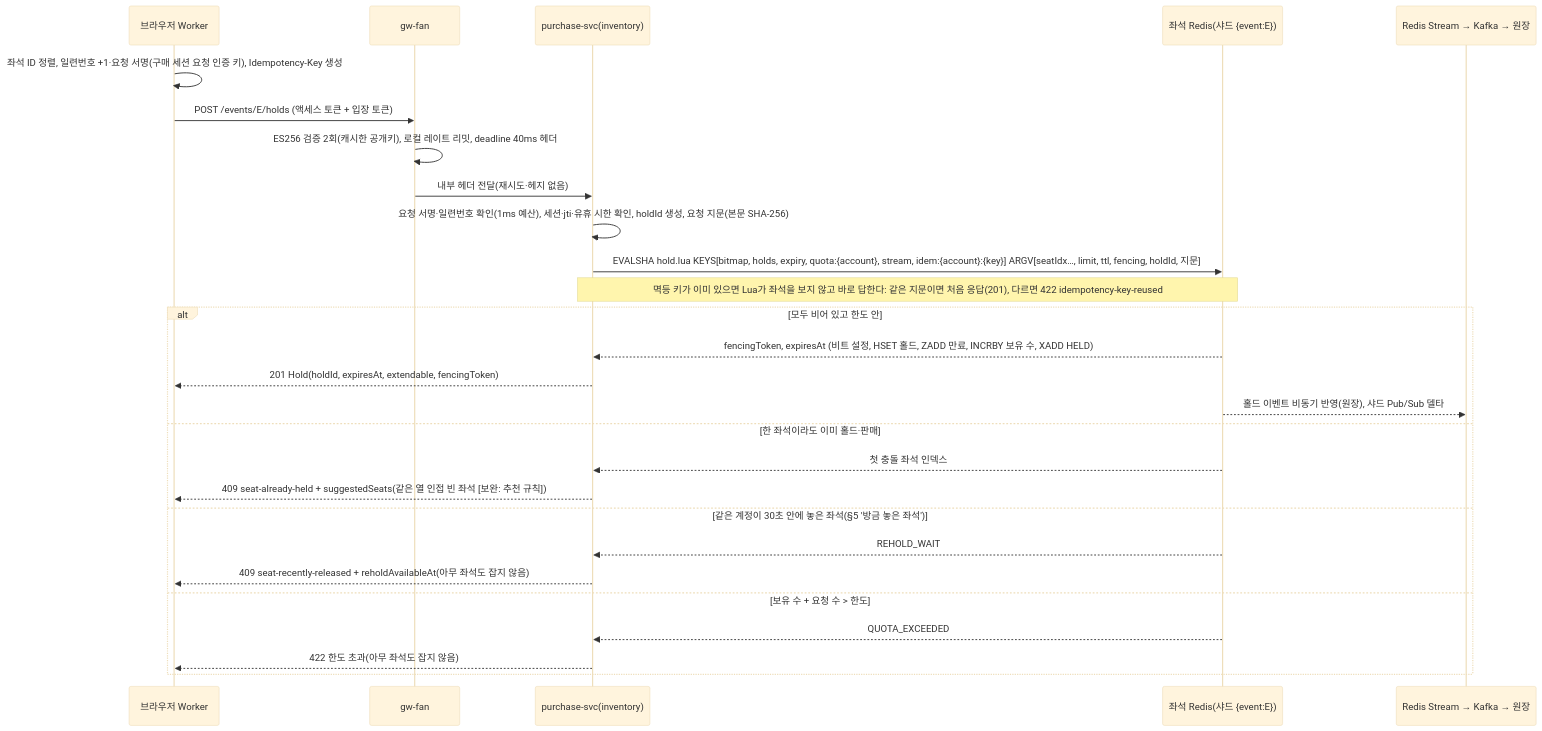
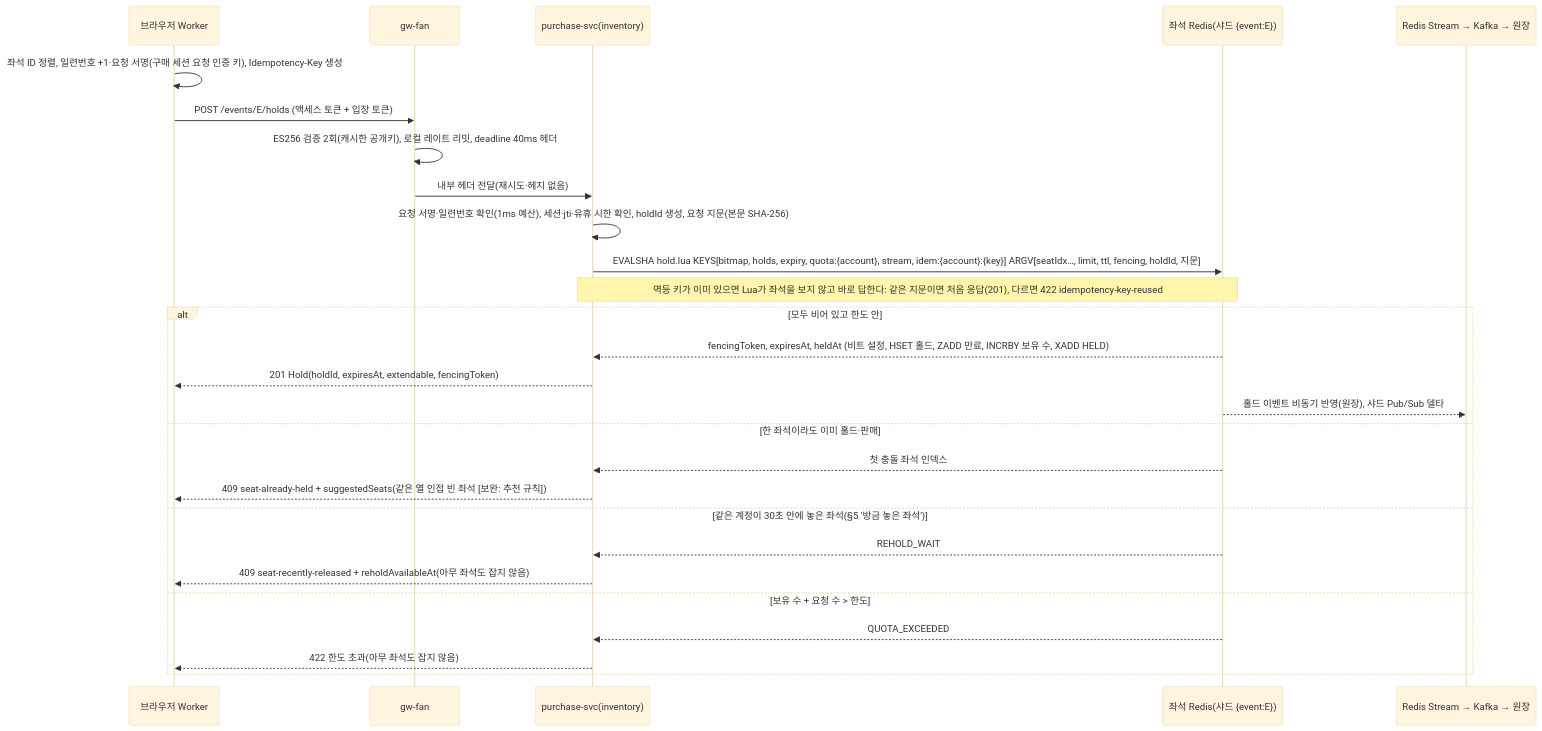
The first of 2 diagrams in docs/features/seat-hold.md (peaket/peaket), drawn with Mermaid (base theme) before and after one commit. The commit also changed other lines of this file and 41 other files, not shown here.

````diff
--- a/docs/features/seat-hold.md
+++ b/docs/features/seat-hold.md
@@ -35,29 +36,29 @@
 ```mermaid
 sequenceDiagram
     participant W as 브라우저 Worker
     participant G as gw-fan
     participant P as purchase-svc(inventory)
     participant R as 좌석 Redis(샤드 {event:E})
     participant S as Redis Stream → Kafka → 원장
     W->>W: 좌석 ID 정렬, 일련번호 +1·요청 서명(구매 세션 요청 인증 키), Idempotency-Key 생성
     W->>G: POST /events/E/holds (액세스 토큰 + 입장 토큰)
     G->>G: ES256 검증 2회(캐시한 공개키), 로컬 레이트 리밋, deadline 40ms 헤더
     G->>P: 내부 헤더 전달(재시도·헤지 없음)
     P->>P: 요청 서명·일련번호 확인(1ms 예산), 세션·jti·유휴 시한 확인, holdId 생성, 요청 지문(본문 SHA-256)
     P->>R: EVALSHA hold.lua KEYS[bitmap, holds, expiry, quota:{account}, stream, idem:{account}:{key}] ARGV[seatIdx…, limit, ttl, fencing, holdId, 지문]
     Note over P,R: 멱등 키가 이미 있으면 Lua가 좌석을 보지 않고 바로 답한다: 같은 지문이면 처음 응답(201), 다르면 422 idempotency-key-reused
     alt 모두 비어 있고 한도 안
-        R-->>P: fencingToken, expiresAt (비트 설정, HSET 홀드, ZADD 만료, INCRBY 보유 수, XADD HELD)
+        R-->>P: fencingToken, expiresAt, heldAt (비트 설정, HSET 홀드, ZADD 만료, INCRBY 보유 수, XADD HELD)
         P-->>W: 201 Hold(holdId, expiresAt, extendable, fencingToken)
         R-->>S: 홀드 이벤트 비동기 반영(원장), 샤드 Pub/Sub 델타
     else 한 좌석이라도 이미 홀드·판매
         R-->>P: 첫 충돌 좌석 인덱스
         P-->>W: 409 seat-already-held + suggestedSeats(같은 열 인접 빈 좌석 [보완: 추천 규칙])
     else 같은 계정이 30초 안에 놓은 좌석(§5 '방금 놓은 좌석')
         R-->>P: REHOLD_WAIT
         P-->>W: 409 seat-recently-released + reholdAvailableAt(아무 좌석도 잡지 않음)
     else 보유 수 + 요청 수 > 한도
         R-->>P: QUOTA_EXCEEDED
         P-->>W: 422 한도 초과(아무 좌석도 잡지 않음)
     end
 ```
````
